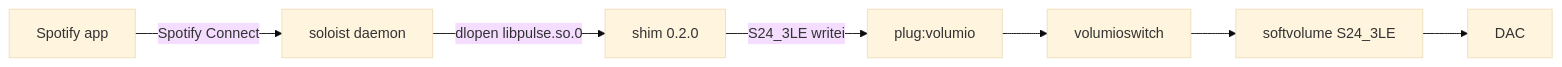
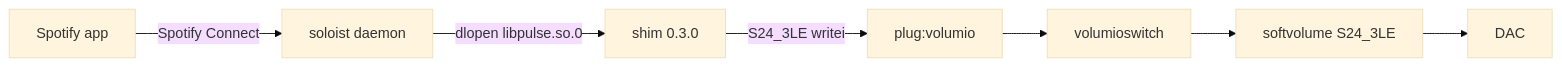
The first of 4 diagrams in README.md (foonerd/alsa_soloist_connect), drawn with Mermaid (base theme) before and after one commit. The commit also changed other lines of this file and 3 other files, not shown here.

````diff
--- a/README.md
+++ b/README.md
@@ -32,9 +32,9 @@
 ```mermaid
 flowchart LR
     SpotifyApp["Spotify app"] -->|"Spotify Connect"| Soloist["soloist daemon"]
-    Soloist -->|"dlopen libpulse.so.0"| Shim["shim 0.2.0"]
+    Soloist -->|"dlopen libpulse.so.0"| Shim["shim 0.3.0"]
     Shim -->|"S24_3LE writei"| Plug["plug:volumio"]
     Plug --> Switch["volumioswitch"]
     Switch --> Soft["softvolume S24_3LE"]
     Soft --> Dac["DAC"]
 ```
````
